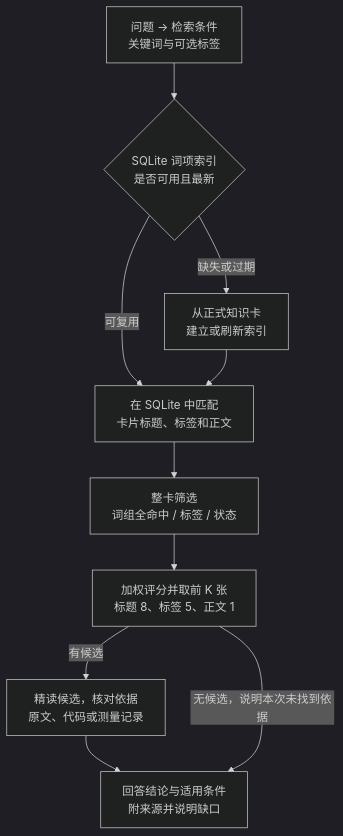
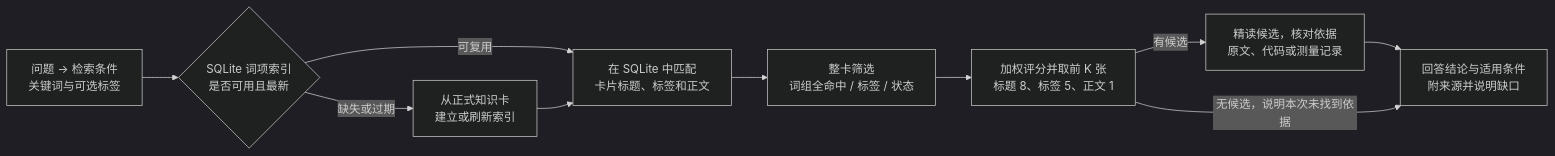
One commit to Robin-hhc/FactumCore changed the third of 7 diagrams in himate/himate-knowledge-wifi-mp/docs-llm-wiki/知识库详细设计.md. Above: the diagram before and after it, drawn with Mermaid (dark theme).

````diff
--- a/himate/himate-knowledge-wifi-mp/docs-llm-wiki/知识库详细设计.md
+++ b/himate/himate-knowledge-wifi-mp/docs-llm-wiki/知识库详细设计.md
@@ -119,12 +119,12 @@
 ```mermaid
-flowchart TD
+flowchart LR
     A["问题 → 检索条件<br/>关键词与可选标签"] --> C{"SQLite 词项索引<br/>是否可用且最新"}
     C -->|缺失或过期| D["从正式知识卡<br/>建立或刷新索引"]
     C -->|可复用| E["在 SQLite 中匹配<br/>卡片标题、标签和正文"]
     D --> E
     E --> F["整卡筛选<br/>词组全命中 / 标签 / 状态"]
     F --> G["加权评分并取前 K 张<br/>标题 8、标签 5、正文 1"]
     G -->|有候选| H["精读候选，核对依据<br/>原文、代码或测量记录"]
     H --> I["回答结论与适用条件<br/>附来源并说明缺口"]
     G -->|无候选，说明本次未找到依据| I
 ```
````
